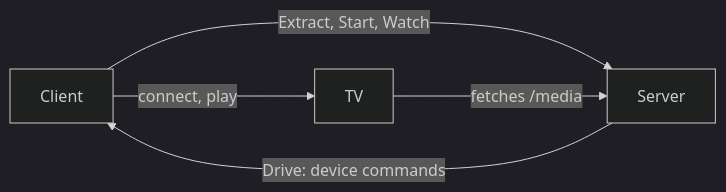
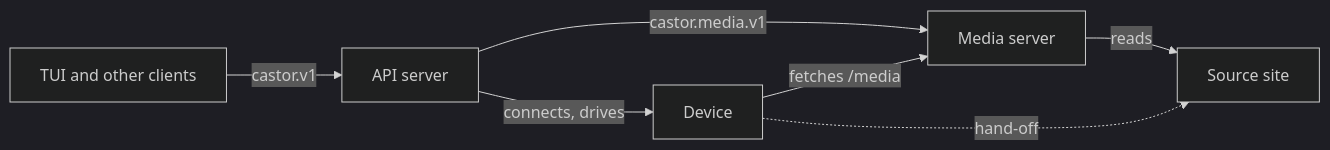
One commit to birhantprkc/castor changed the first of 3 diagrams in ARCHITECTURE.md. Above: the diagram before and after it, drawn with Mermaid (dark theme). The commit also changed other lines of this file and 3 other files, not shown here.

First line of the commit message:
docs: rewrite ARCHITECTURE.md around tiers, topologies and boundaries

````diff
--- a/ARCHITECTURE.md
+++ b/ARCHITECTURE.md
@@ -7,7 +7,9 @@
 ```mermaid
 flowchart LR
-    client[Client] -- Extract, Start, Watch --> server[Server]
-    server -- Drive: device commands --> client
-    client -- connect, play --> tv[TV]
-    tv -- fetches /media --> server
+    ui[TUI and other clients] -- castor.v1 --> api[API server]
+    api -- castor.media.v1 --> media[Media server]
+    api -- connects, drives --> device[Device]
+    media -- reads --> origin[Source site]
+    device -- fetches /media --> media
+    device -. hand-off .-> origin
 ```
````
